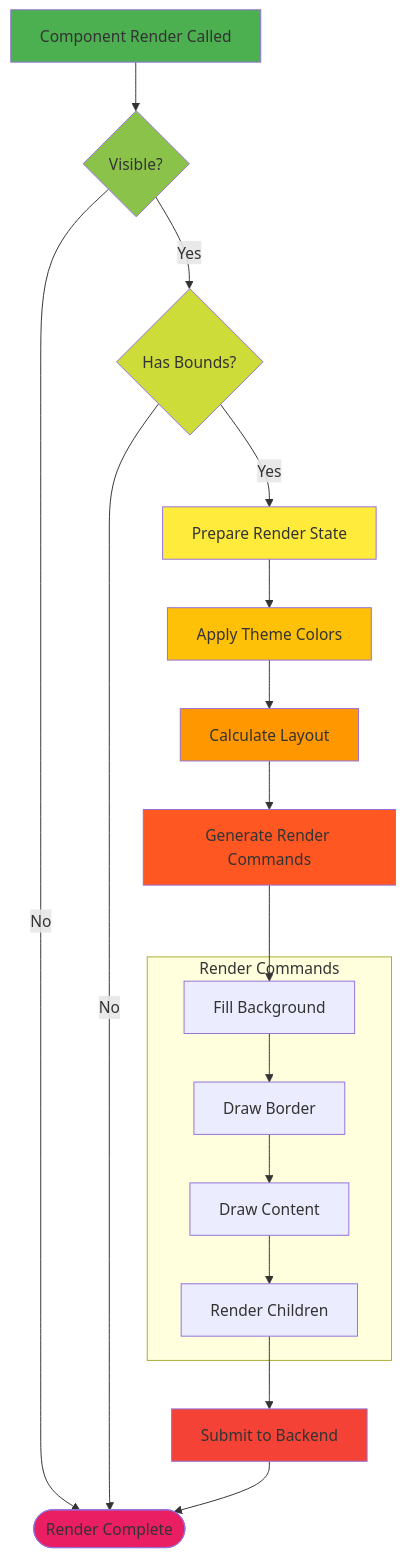
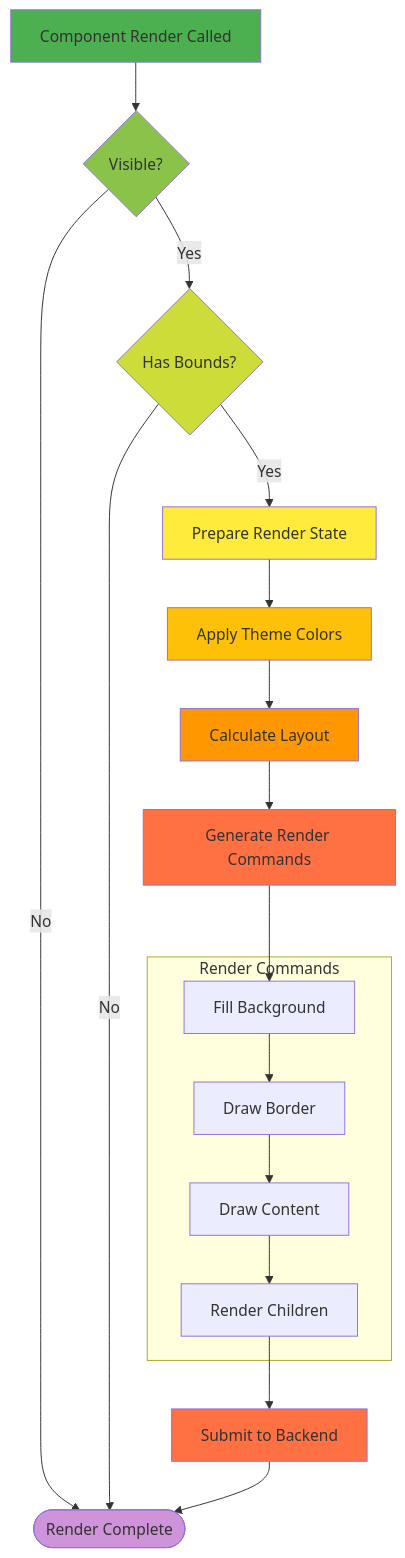
Diagram 12 of 14 in docs/design/architecture/Component_Architecture.md (JEleniel/engage-ux), drawn with Mermaid before and after one commit. The commit also changed other lines of this file and 4 other files, not shown here.

First line of the commit message:
Fix WCAG AAA compliance and improve diagram color consistency

````diff
--- a/docs/design/architecture/Component_Architecture.md
+++ b/docs/design/architecture/Component_Architecture.md
@@ -506,52 +506,52 @@
 ```mermaid
 flowchart TB
     START[Component Render Called]
     
     CHECK_VIS{Visible?}
     CHECK_BOUNDS{Has Bounds?}
     
     PREP[Prepare Render State]
     APPLY_THEME[Apply Theme Colors]
     CALC_LAYOUT[Calculate Layout]
     
     GEN_CMD[Generate Render Commands]
     
     subgraph "Render Commands"
         FILL[Fill Background]
         BORDER[Draw Border]
         CONTENT[Draw Content]
         CHILDREN[Render Children]
     end
     
     SUBMIT[Submit to Backend]
     END_RENDER([Render Complete])
     
     START --> CHECK_VIS
     CHECK_VIS -->|No| END_RENDER
     CHECK_VIS -->|Yes| CHECK_BOUNDS
     
     CHECK_BOUNDS -->|No| END_RENDER
     CHECK_BOUNDS -->|Yes| PREP
     
     PREP --> APPLY_THEME
     APPLY_THEME --> CALC_LAYOUT
     CALC_LAYOUT --> GEN_CMD
     
     GEN_CMD --> FILL
     FILL --> BORDER
     BORDER --> CONTENT
     CONTENT --> CHILDREN
     
     CHILDREN --> SUBMIT
     SUBMIT --> END_RENDER
     
     style START fill:#4caf50
     style CHECK_VIS fill:#8bc34a
     style CHECK_BOUNDS fill:#cddc39
     style PREP fill:#ffeb3b
     style APPLY_THEME fill:#ffc107
     style CALC_LAYOUT fill:#ff9800
-    style GEN_CMD fill:#ff5722
-    style SUBMIT fill:#f44336
-    style END_RENDER fill:#e91e63
+    style GEN_CMD fill:#ff7043
+    style SUBMIT fill:#ff7043
+    style END_RENDER fill:#ce93d8
 ```
````
